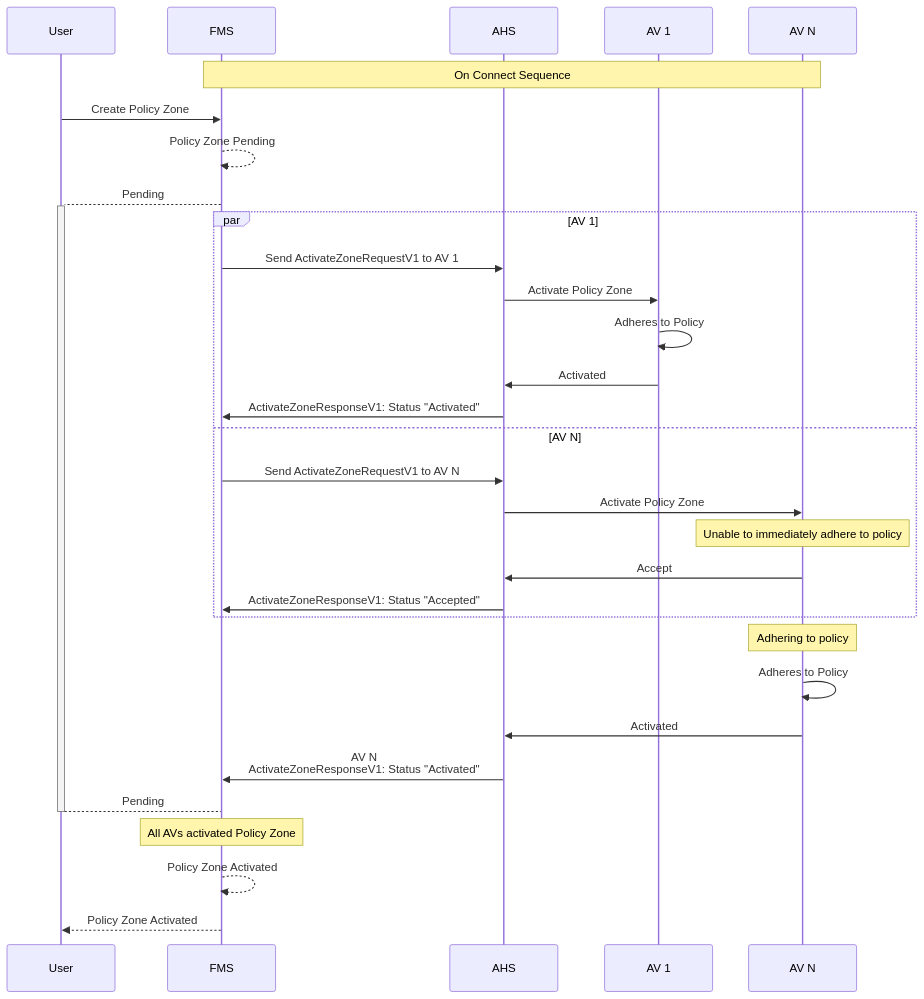
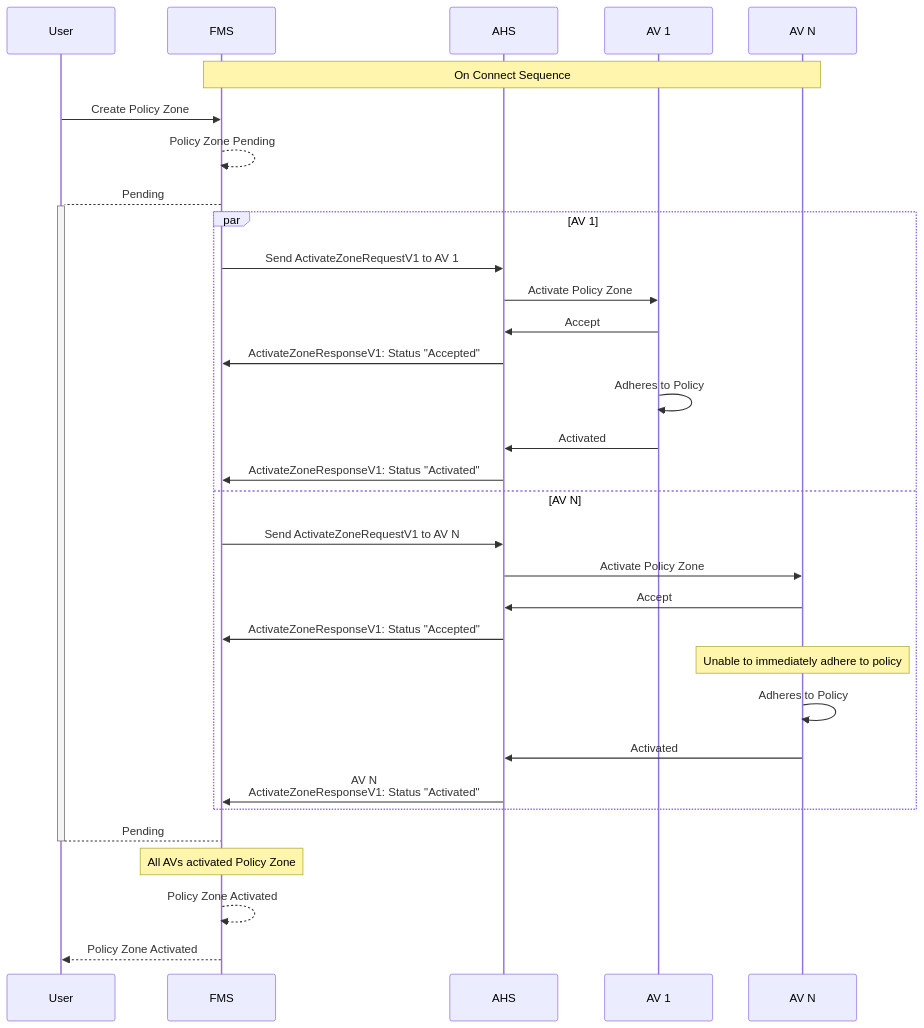
Before and after one commit to open-autonomy/zone: the first of 4 diagrams in diagram/PolicyZoneActivation.md, drawn with Mermaid.

Commit message:
Update typical policy zone activation sequence diagram

````diff
--- a/diagram/PolicyZoneActivation.md
+++ b/diagram/PolicyZoneActivation.md
@@ -9,35 +9,36 @@
 ```mermaid
 sequenceDiagram
     participant User
     participant FMS
     participant AHS
     participant AV 1
     participant AV N
 
     Note over FMS,AV N: On Connect Sequence
     User->>FMS: Create Policy Zone
     FMS-->>FMS: Policy Zone Pending
     FMS-->+User: Pending
     par AV 1
         FMS->>AHS: Send ActivateZoneRequestV1 to AV 1
         AHS->>AV 1: Activate Policy Zone
+        AV 1->>AHS: Accept
+        AHS->>FMS: ActivateZoneResponseV1: Status "Accepted"
         AV 1->>AV 1: Adheres to Policy
         AV 1->>AHS: Activated
         AHS->>FMS: ActivateZoneResponseV1: Status "Activated"
     and AV N
         FMS->>AHS: Send ActivateZoneRequestV1 to AV N
         AHS->>AV N: Activate Policy Zone
-        Note Over AV N: Unable to immediately adhere to policy
         AV N->>AHS: Accept
         AHS->>FMS: ActivateZoneResponseV1: Status "Accepted"
+        Note Over AV N: Unable to immediately adhere to policy
+        AV N->>AV N: Adheres to Policy
+        AV N->>AHS: Activated
+        AHS->>FMS: AV N <br/> ActivateZoneResponseV1: Status "Activated"
     end
-    Note Over AV N: Adhering to policy
-    AV N->>AV N: Adheres to Policy
-    AV N->>AHS: Activated
 
-    AHS->>FMS: AV N <br/> ActivateZoneResponseV1: Status "Activated"
     User-->-FMS: Pending
     Note Over FMS: All AVs activated Policy Zone
     FMS-->>FMS: Policy Zone Activated
     FMS-->>User: Policy Zone Activated
 ```
````
